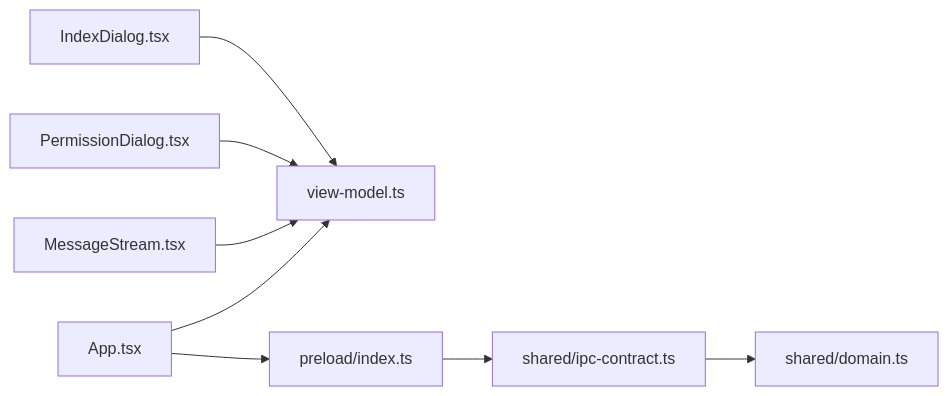
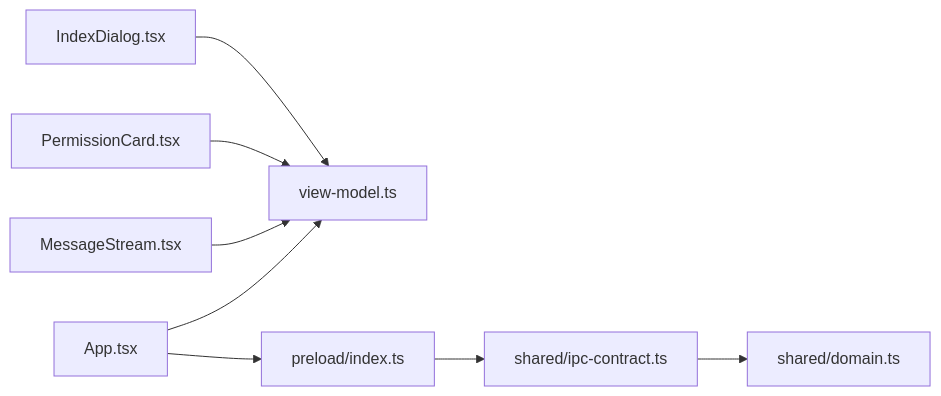
The fourth of 4 diagrams in .repowiki/zh/content/桌面应用/渲染界面.md (Azusa010/personal-agent), drawn with Mermaid before and after one commit. The commit also changed other lines of this file and 88 other files, not shown here.

````diff
--- a/.repowiki/zh/content/桌面应用/渲染界面.md
+++ b/.repowiki/zh/content/桌面应用/渲染界面.md
@@ -252,10 +252,10 @@
 ```mermaid
 graph LR
 App["App.tsx"] --> VM["view-model.ts"]
 App --> Pre["preload/index.ts"]
 Pre --> Contract["shared/ipc-contract.ts"]
 Contract --> Domain["shared/domain.ts"]
 Msg["MessageStream.tsx"] --> VM
-Perm["PermissionDialog.tsx"] --> VM
+Perm["PermissionCard.tsx"] --> VM
 Index["IndexDialog.tsx"] --> VM
 ```
````
